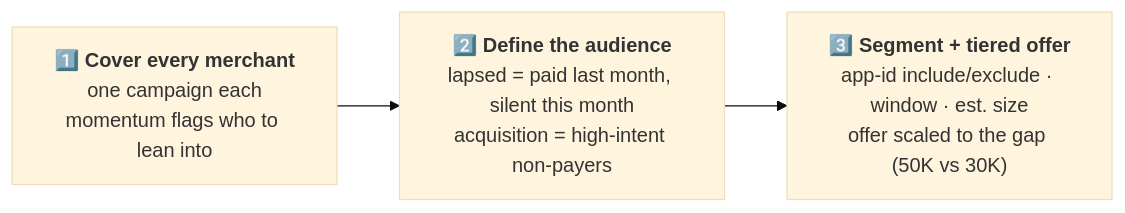
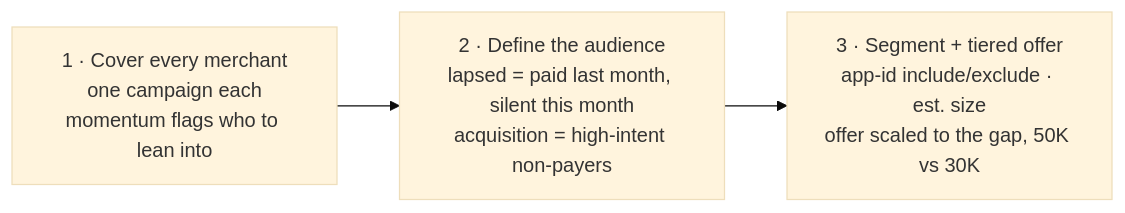
One commit to thai-max-nguyen/claw-a-thon-demo-agent-mvp changed the fourth of 5 diagrams in README.md. Above: the diagram before and after it, drawn with Mermaid (base theme). The commit also changed other lines of this file and 1 other file, not shown here.

First line of the commit message:
docs: restructure README around the two mechanisms + fix broken mermaid

````diff
--- a/README.md
+++ b/README.md
@@ -129,7 +153,7 @@
 ```mermaid
 flowchart LR
-  R["1️⃣ <b>Cover every merchant</b><br/>one campaign each<br/>momentum flags who to lean into"]
-  D["2️⃣ <b>Define the audience</b><br/>lapsed = paid last month, silent this month<br/>acquisition = high-intent non-payers"]
-  C["3️⃣ <b>Segment + tiered offer</b><br/>app-id include/exclude · window · est. size<br/>offer scaled to the gap (50K vs 30K)"]
+  R["1 · Cover every merchant<br/>one campaign each<br/>momentum flags who to lean into"]
+  D["2 · Define the audience<br/>lapsed = paid last month, silent this month<br/>acquisition = high-intent non-payers"]
+  C["3 · Segment + tiered offer<br/>app-id include/exclude · est. size<br/>offer scaled to the gap, 50K vs 30K"]
   R --> D --> C
 ```
````
